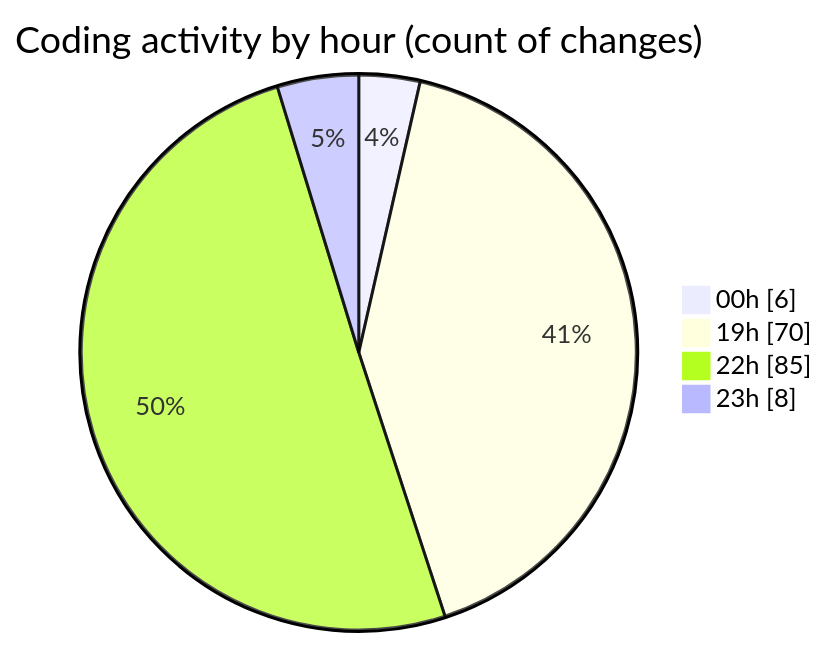
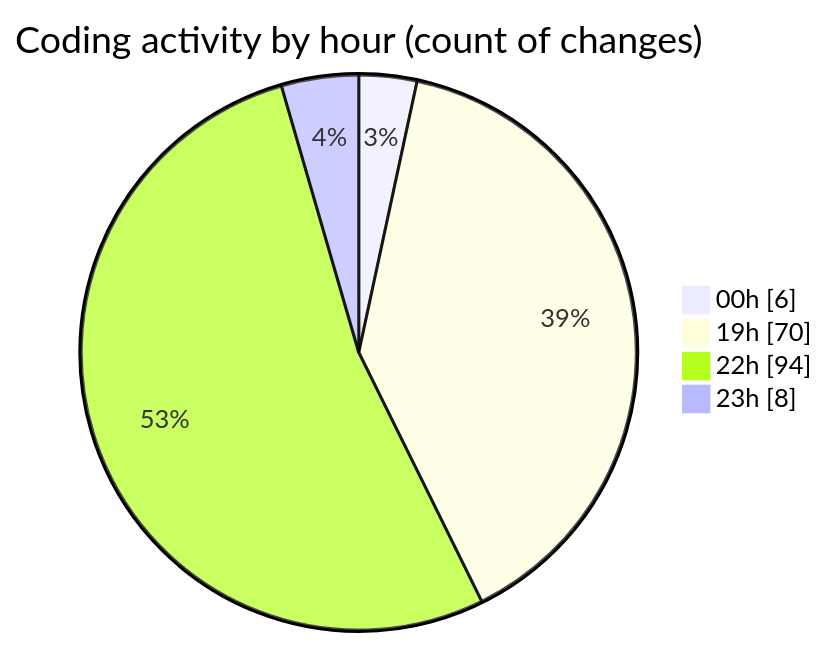
The second of 2 diagrams in 2025-08-05/javascript/README.md (Ritupan-Deka/code-tracking), drawn with Mermaid before and after one commit. The commit also changed other lines of this file and 1 other file, not shown here.

````diff
--- a/2025-08-05/javascript/README.md
+++ b/2025-08-05/javascript/README.md
@@ -30,8 +30,8 @@
 ```mermaid
 pie showData
 title Coding activity by hour (count of changes)
 "00h" : 6
 "19h" : 70
-"22h" : 85
+"22h" : 94
 "23h" : 8
 ```
````
